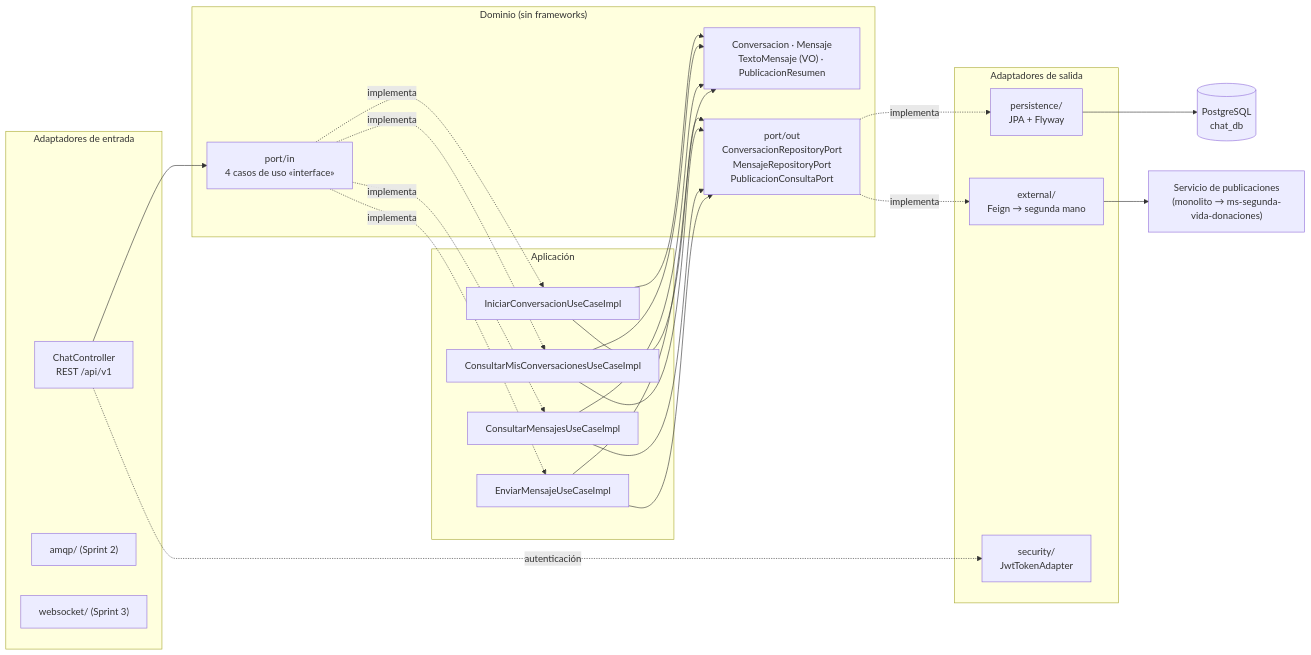
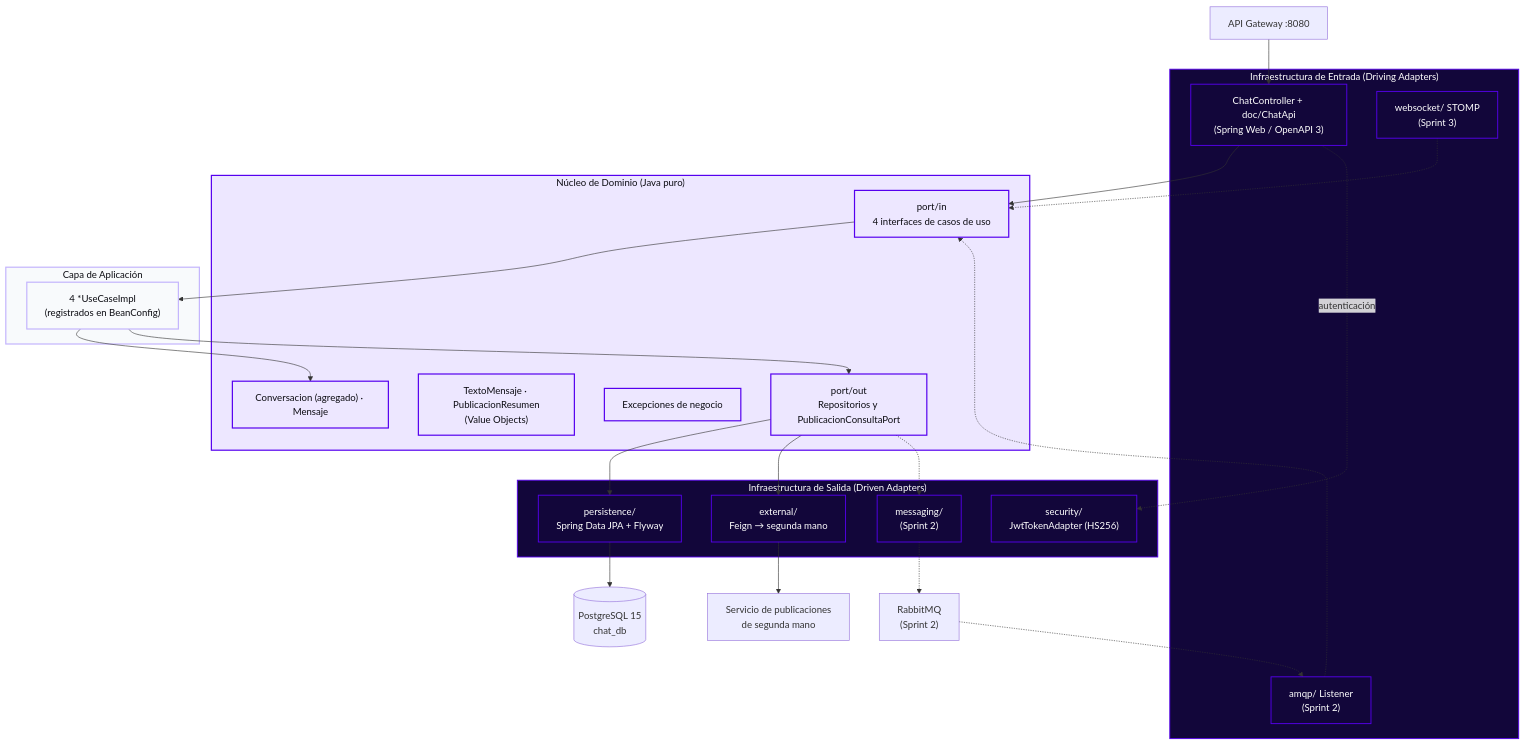
One commit to StyleRadar1/GJ-Chat-Service changed the first of 3 diagrams in README.md. Above: the diagram before and after it, drawn with Mermaid. The commit also changed other lines of this file and 4 other files, not shown here.

````diff
--- a/README.md
+++ b/README.md
@@ -31,35 +139,57 @@
 ```mermaid
-flowchart LR
-    subgraph IN["Adaptadores de entrada"]
-        REST["ChatController<br/>REST /api/v1"]
-        AMQP["amqp/ (Sprint 2)"]
-        WS["websocket/ (Sprint 3)"]
+flowchart TD
+    GW["API Gateway :8080"]
+    BRK["RabbitMQ<br>(Sprint 2)"]
+
+    subgraph INFRA_IN["Infraestructura de Entrada (Driving Adapters)"]
+        REST["ChatController + doc/ChatApi<br>(Spring Web / OpenAPI 3)"]
+        AMQP_IN["amqp/ Listener<br>(Sprint 2)"]
+        WS["websocket/ STOMP<br>(Sprint 3)"]
     end
-    subgraph APP["Aplicación"]
-        UC1["IniciarConversacionUseCaseImpl"]
-        UC2["ConsultarMisConversacionesUseCaseImpl"]
-        UC3["ConsultarMensajesUseCaseImpl"]
-        UC4["EnviarMensajeUseCaseImpl"]
+
+    subgraph DOMAIN["Núcleo de Dominio (Java puro)"]
+        IN_PORT["port/in<br>4 interfaces de casos de uso"]
+        ENTITIES["Conversacion (agregado) · Mensaje"]
+        VO["TextoMensaje · PublicacionResumen<br>(Value Objects)"]
+        EXCEPTIONS["Excepciones de negocio"]
+        OUT_PORT["port/out<br>Repositorios y PublicacionConsultaPort"]
     end
-    subgraph DOM["Dominio (sin frameworks)"]
-        PIN["port/in<br/>4 casos de uso «interface»"]
-        MOD["Conversacion · Mensaje<br/>TextoMensaje (VO) · PublicacionResumen"]
-        POUT["port/out<br/>ConversacionRepositoryPort<br/>MensajeRepositoryPort<br/>PublicacionConsultaPort"]
+
+    subgraph APP["Capa de Aplicación"]
+        USE_CASES["4 *UseCaseImpl<br>(registrados en BeanConfig)"]
     end
-    subgraph OUT["Adaptadores de salida"]
-        JPA["persistence/<br/>JPA + Flyway"]
-        FEIGN["external/<br/>Feign → segunda mano"]
-        JWT["security/<br/>JwtTokenAdapter"]
+
+    subgraph INFRA_OUT["Infraestructura de Salida (Driven Adapters)"]
+        JPA_REPO["persistence/<br>Spring Data JPA + Flyway"]
+        FEIGN["external/<br>Feign → segunda mano"]
+        JWT["security/<br>JwtTokenAdapter (HS256)"]
+        RABBIT_PUB["messaging/<br>(Sprint 2)"]
     end
-    DB[("PostgreSQL<br/>chat_db")]
-    SM["Servicio de publicaciones<br/>(monolito → ms-segunda-vida-donaciones)"]
 
-    REST --> PIN
-    PIN -. implementa .-> UC1 & UC2 & UC3 & UC4
-    UC1 & UC2 & UC3 & UC4 --> MOD
-    UC1 & UC2 & UC3 & UC4 --> POUT
-    POUT -. implementa .-> JPA & FEIGN
-    JPA --> DB
+    DB[("PostgreSQL 15<br>chat_db")]
+    SM["Servicio de publicaciones<br>de segunda mano"]
+
+    GW --> REST
+    BRK -.-> AMQP_IN
+    REST --> IN_PORT
+    AMQP_IN -.-> IN_PORT
+    WS -.-> IN_PORT
+    IN_PORT --> USE_CASES
+    USE_CASES --> ENTITIES
+    USE_CASES --> OUT_PORT
+    OUT_PORT --> JPA_REPO
+    OUT_PORT --> FEIGN
+    OUT_PORT -.-> RABBIT_PUB
+    REST -. autenticación .-> JWT
+    JPA_REPO --> DB
     FEIGN --> SM
-    REST -. autenticación .-> JWT
+    RABBIT_PUB -.-> BRK
+
+    classDef domain fill:#EDE7FF,stroke:#5600EF,stroke-width:2px,color:#0C0C12;
+    classDef app fill:#F8FAFC,stroke:#C4B5FD,stroke-width:2px,color:#0C0C12;
+    classDef infra fill:#12063A,stroke:#5600EF,stroke-width:1.5px,color:#FFFFFF;
+
+    class DOMAIN,IN_PORT,ENTITIES,VO,EXCEPTIONS,OUT_PORT domain;
+    class APP,USE_CASES app;
+    class INFRA_IN,INFRA_OUT,REST,AMQP_IN,WS,JPA_REPO,FEIGN,JWT,RABBIT_PUB infra;
 ```
````
